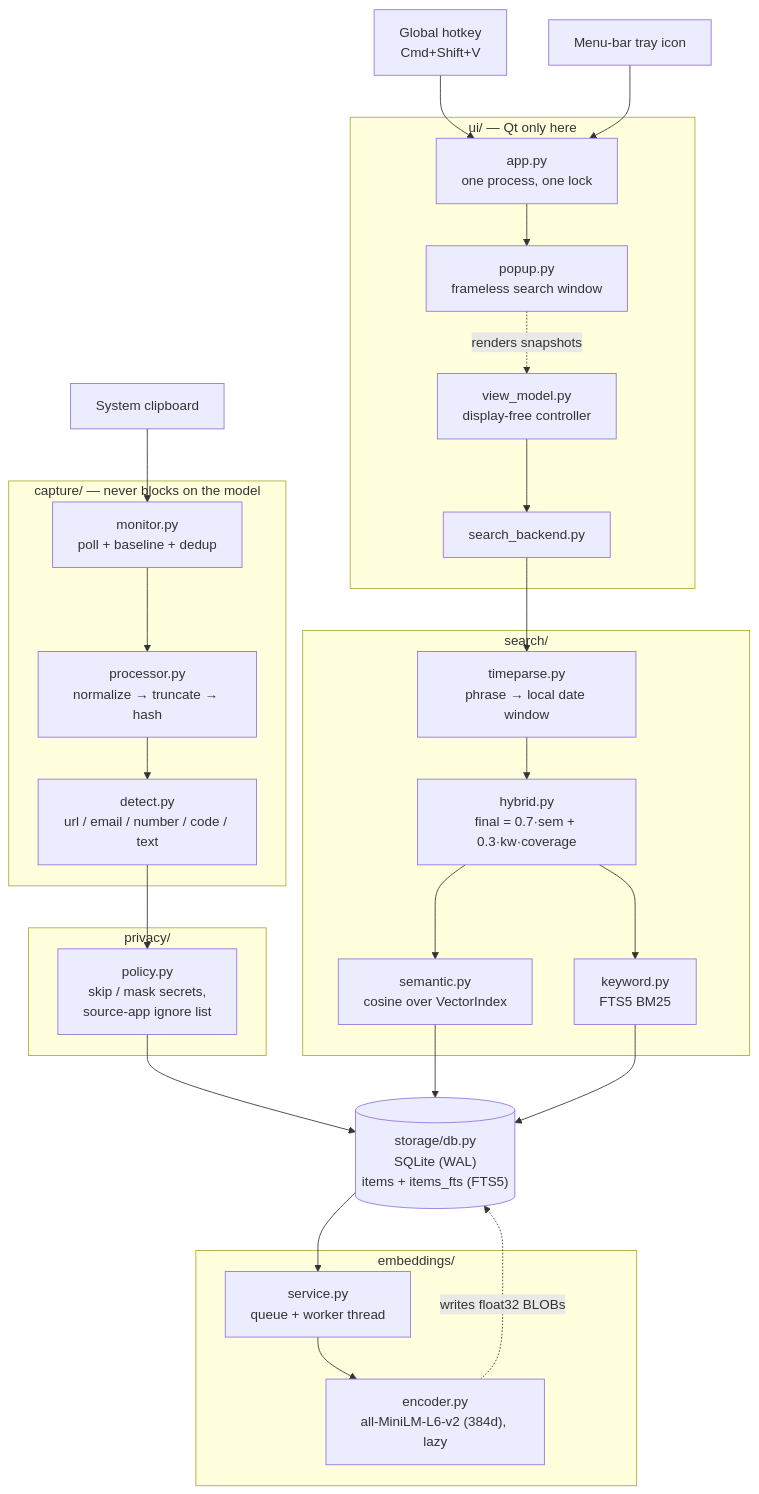
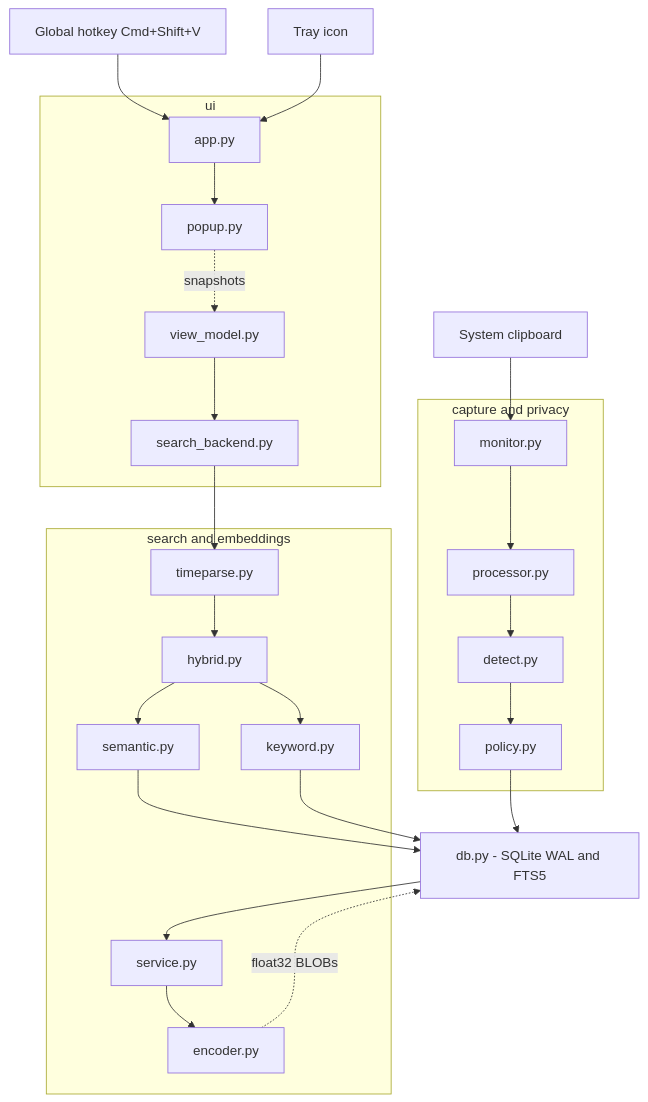
The first of 2 diagrams in README.md (cnishanth-coder/clipmind), drawn with Mermaid before and after one commit. The commit also changed other lines of this file, not shown here.

Commit message:
README: GitHub-safe diagrams, download instructions, accurate status

````diff
--- a/README.md
+++ b/README.md
@@ -101,51 +123,45 @@
 ```mermaid
 flowchart TB
     CLIP["System clipboard"]
-    HOTKEY["Global hotkey<br/>Cmd+Shift+V"]
-    TRAY["Menu-bar tray icon"]
+    HOTKEY["Global hotkey Cmd+Shift+V"]
+    TRAY["Tray icon"]
 
-    subgraph capture["capture/ — never blocks on the model"]
-        MON["monitor.py<br/>poll + baseline + dedup"]
-        PROC["processor.py<br/>normalize → truncate → hash"]
-        DET["detect.py<br/>url / email / number / code / text"]
+    subgraph capture["capture and privacy"]
+        MON["monitor.py"]
+        PROC["processor.py"]
+        DET["detect.py"]
+        POLICY["policy.py"]
     end
 
-    subgraph privacy["privacy/"]
-        POLICY["policy.py<br/>skip / mask secrets,<br/>source-app ignore list"]
+    DB["db.py - SQLite WAL and FTS5"]
+
+    subgraph search["search and embeddings"]
+        SVC["service.py"]
+        ENC["encoder.py"]
+        SEM["semantic.py"]
+        KW["keyword.py"]
+        HYB["hybrid.py"]
+        TIME["timeparse.py"]
     end
 
-    DB[("storage/db.py<br/>SQLite (WAL)<br/>items + items_fts (FTS5)")]
-
-    subgraph emb["embeddings/"]
-        SVC["service.py<br/>queue + worker thread"]
-        ENC["encoder.py<br/>all-MiniLM-L6-v2 (384d), lazy"]
-    end
-
-    subgraph search["search/"]
-        SEM["semantic.py<br/>cosine over VectorIndex"]
-        KW["keyword.py<br/>FTS5 BM25"]
-        HYB["hybrid.py<br/>final = 0.7·sem + 0.3·kw·coverage"]
-        TIME["timeparse.py<br/>phrase → local date window"]
-    end
-
-    subgraph ui["ui/ — Qt only here"]
-        VM["view_model.py<br/>display-free controller"]
-        POP["popup.py<br/>frameless search window"]
+    subgraph ui["ui"]
+        VM["view_model.py"]
+        POP["popup.py"]
         BEND["search_backend.py"]
-        APP["app.py<br/>one process, one lock"]
+        APP["app.py"]
     end
 
     CLIP --> MON --> PROC --> DET --> POLICY --> DB
     DB --> SVC --> ENC
-    ENC -. writes float32 BLOBs .-> DB
+    ENC -.->|float32 BLOBs| DB
     HOTKEY --> APP
     TRAY --> APP
     APP --> POP
+    POP -.->|snapshots| VM
     VM --> BEND
     BEND --> TIME --> HYB
     HYB --> SEM
     HYB --> KW
     SEM --> DB
     KW --> DB
-    POP -. renders snapshots .-> VM
 ```
````
